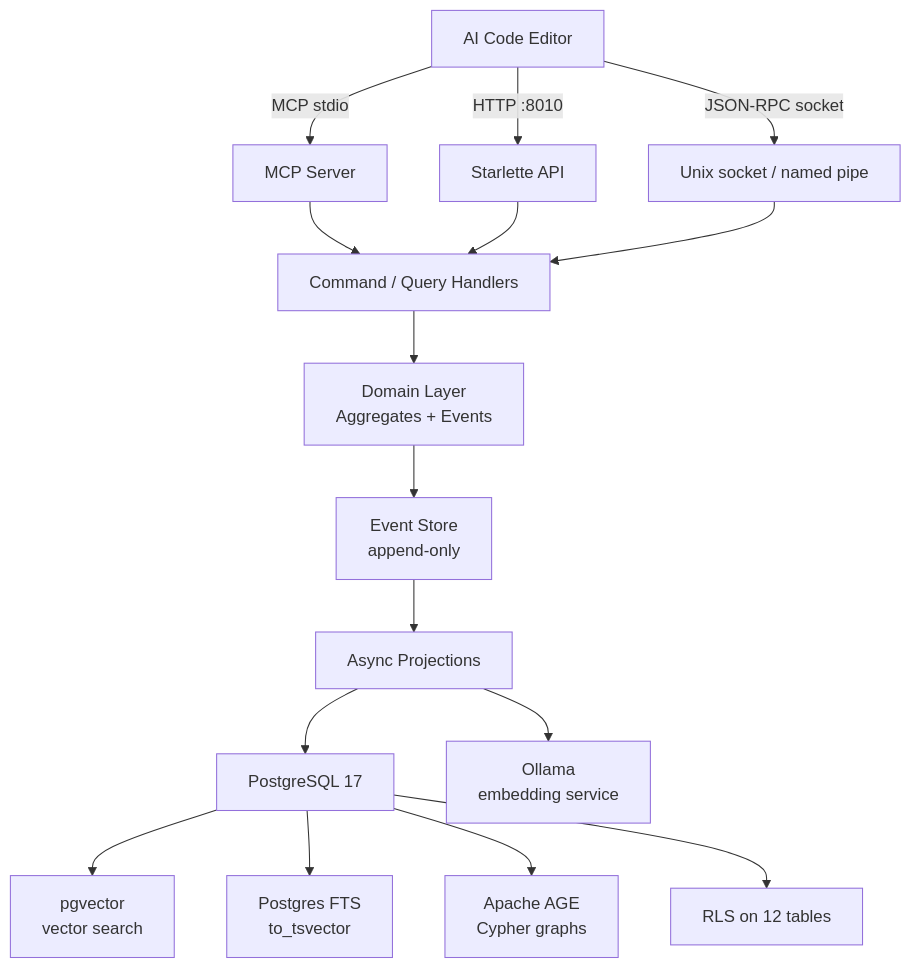
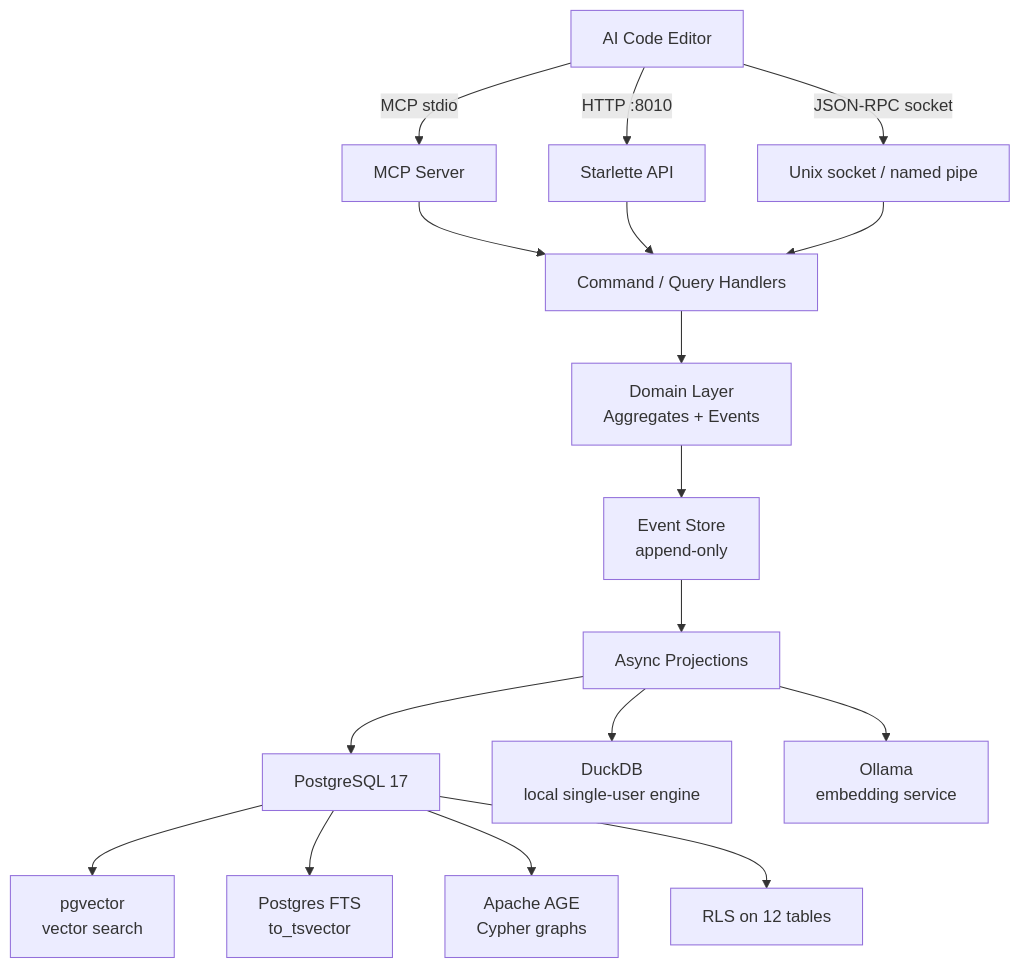
One commit to moliver28/corpus-kb changed the first of 2 diagrams in README.md. Above: the diagram before and after it, drawn with Mermaid. The commit also changed other lines of this file and 27 other files, not shown here.

First line of the commit message:
feat: Land storage-portability Phase G (schema-parity gate, benchmark, docs, program closeout) (#148)

````diff
--- a/README.md
+++ b/README.md
@@ -85,18 +85,19 @@
 ```mermaid
 graph TB
     Editor[AI Code Editor] -->|"MCP stdio"| MCP[MCP Server]
     Editor -->|HTTP :8010| HTTP[Starlette API]
     Editor -->|JSON-RPC socket| Socket[Unix socket / named pipe]
     MCP --> Handlers[Command / Query Handlers]
     HTTP --> Handlers
     Socket --> Handlers
     Handlers --> Domain[Domain Layer<br/>Aggregates + Events]
     Domain --> ES[Event Store<br/>append-only]
     ES --> Projections[Async Projections]
     Projections --> PG[PostgreSQL 17]
+    Projections --> DUCK[DuckDB<br/>local single-user engine]
     PG --> VEC[pgvector<br/>vector search]
     PG --> FTS[Postgres FTS<br/>to_tsvector]
     PG --> AGE[Apache AGE<br/>Cypher graphs]
     PG --> RLS[RLS on 12 tables]
     Projections --> Ollama[Ollama<br/>embedding service]
 ```
````
